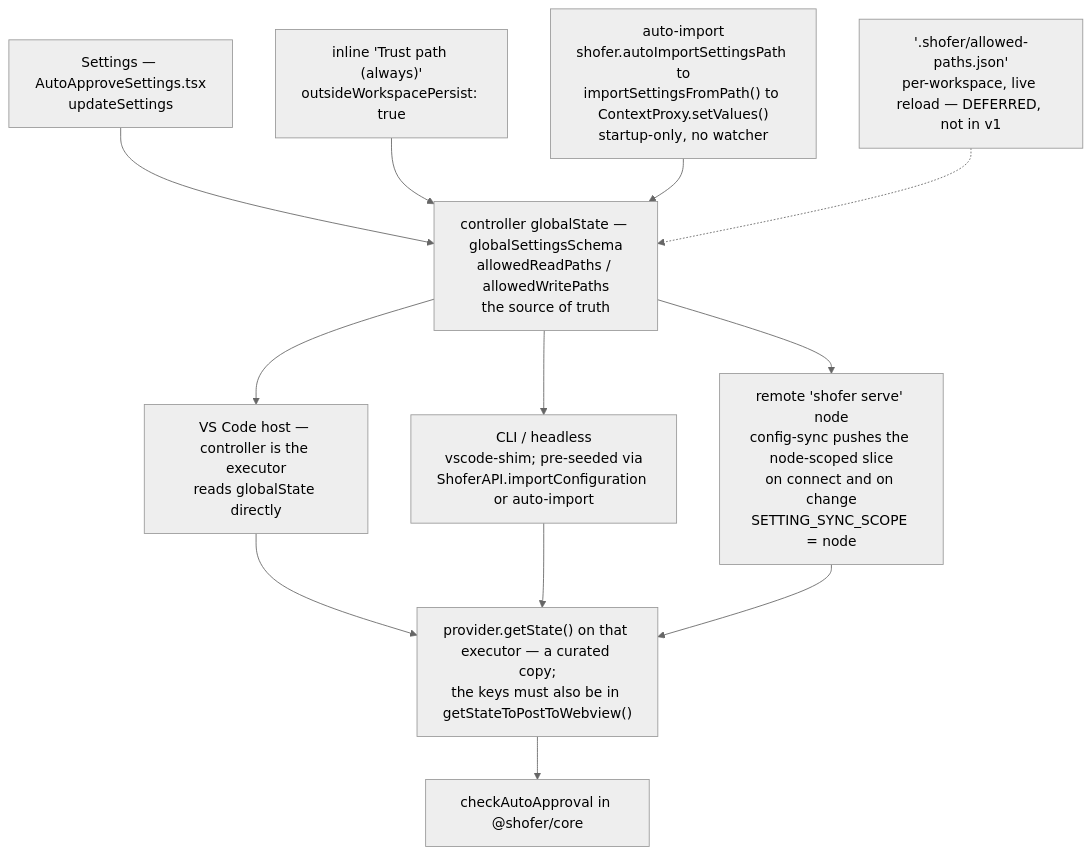
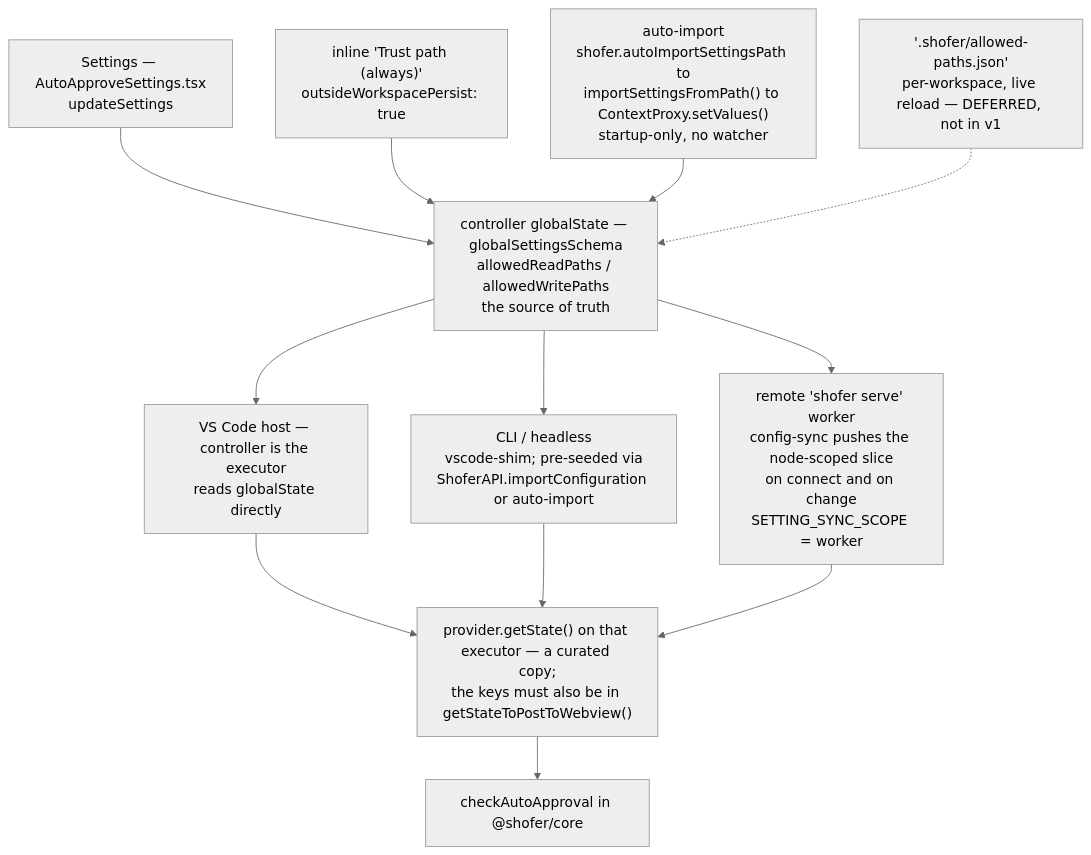
The fourth of 4 diagrams in docs/outside-workspace-path-allowlist.md (shofer-dev/shofer), drawn with Mermaid (neutral theme) before and after one commit. The commit also changed other lines of this file and 65 other files, not shown here.

````diff
--- a/docs/outside-workspace-path-allowlist.md
+++ b/docs/outside-workspace-path-allowlist.md
@@ -458,29 +458,29 @@
 ```mermaid
 flowchart TB
     SETUI["Settings — AutoApproveSettings.tsx<br/>updateSettings"]
     INLINE["inline 'Trust path (always)'<br/>outsideWorkspacePersist: true"]
     AUTO["auto-import<br/>shofer.autoImportSettingsPath to<br/>importSettingsFromPath() to ContextProxy.setValues()<br/>startup-only, no watcher"]
     PROJ["'.shofer/allowed-paths.json'<br/>per-workspace, live reload — DEFERRED, not in v1"]
 
     STORE["controller globalState — globalSettingsSchema<br/>allowedReadPaths / allowedWritePaths<br/>the source of truth"]
 
     VS["VS Code host — controller is the executor<br/>reads globalState directly"]
     CLI["CLI / headless<br/>vscode-shim; pre-seeded via<br/>ShoferAPI.importConfiguration or auto-import"]
-    NODE["remote 'shofer serve' node<br/>config-sync pushes the node-scoped slice<br/>on connect and on change<br/>SETTING_SYNC_SCOPE = node"]
+    NODE["remote 'shofer serve' worker<br/>config-sync pushes the node-scoped slice<br/>on connect and on change<br/>SETTING_SYNC_SCOPE = worker"]
 
     STATE["provider.getState() on that executor — a curated copy;<br/>the keys must also be in getStateToPostToWebview()"]
     GATE["checkAutoApproval in @shofer/core"]
 
     SETUI --> STORE
     INLINE --> STORE
     AUTO --> STORE
     PROJ -.-> STORE
 
     STORE --> VS
     STORE --> CLI
     STORE --> NODE
     VS --> STATE
     CLI --> STATE
     NODE --> STATE
     STATE --> GATE
 ```
````
